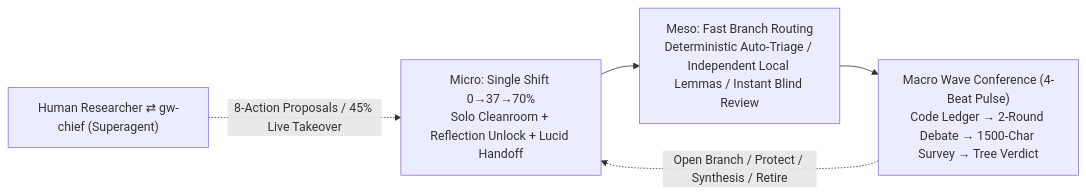
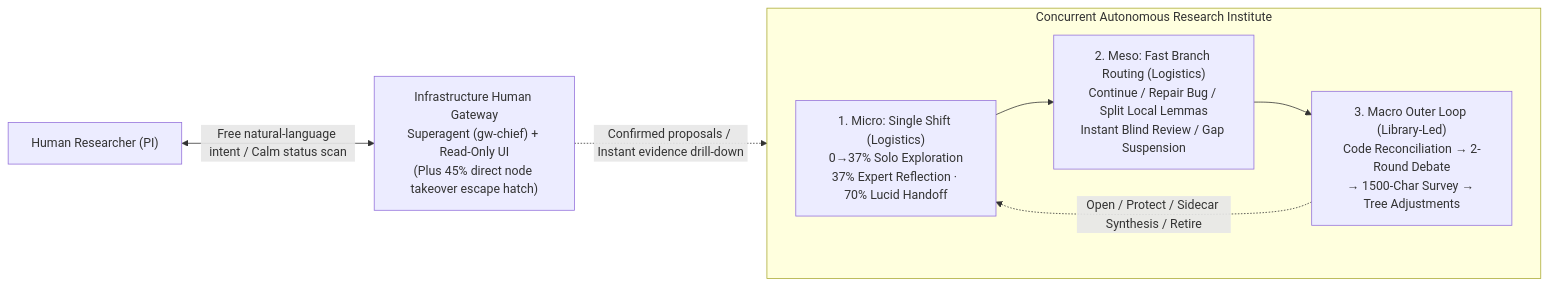
Before and after one commit to Qingzhu093/greatwall-agent: the diagram in README_EN.md, drawn with Mermaid. The commit also changed other lines of this file and 54 other files, not shown here.

Commit message:
release(v0.3.0-alpha.2): review bug fixes, v0.3 architecture docs & SVG overhaul, and docs/archive organization

````diff
--- a/README_EN.md
+++ b/README_EN.md
@@ -36,7 +37,11 @@
 ```mermaid
 flowchart LR
-    H["Human Researcher ⇄ gw-chief (Superagent)"] -. "8-Action Proposals / 45% Live Takeover" .-> M1
-    M1["Micro: Single Shift 0→37→70%\nSolo Cleanroom + Reflection Unlock + Lucid Handoff"] --> M2["Meso: Fast Branch Routing\nDeterministic Auto-Triage / Independent Local Lemmas / Instant Blind Review"]
-    M2 --> M3["Macro Wave Conference (4-Beat Pulse)\nCode Ledger → 2-Round Debate → 1500-Char Survey → Tree Verdict"]
-    M3 -. "Open Branch / Protect / Synthesis / Retire" .-> M1
+    H["Human Researcher (PI)"] <-->|"Free natural-language intent / Calm status scan"| SA["Infrastructure Human Gateway\nSuperagent (gw-chief) + Read-Only UI\n(Plus 45% direct node takeover escape hatch)"]
+    SA -.->|"Confirmed proposals / Instant evidence drill-down"| CORE
+    subgraph CORE["Concurrent Autonomous Research Institute"]
+        direction LR
+        M1["1. Micro: Single Shift (Logistics)\n0→37% Solo Exploration\n37% Expert Reflection · 70% Lucid Handoff"] --> M2["2. Meso: Fast Branch Routing (Logistics)\nContinue / Repair Bug / Split Local Lemmas\nInstant Blind Review / Gap Suspension"]
+        M2 --> M3["3. Macro Outer Loop (Library-Led)\nCode Reconciliation → 2-Round Debate\n→ 1500-Char Survey → Tree Adjustments"]
+        M3 -.->|"Open / Protect / Sidecar Synthesis / Retire"| M1
+    end
 ```
````
